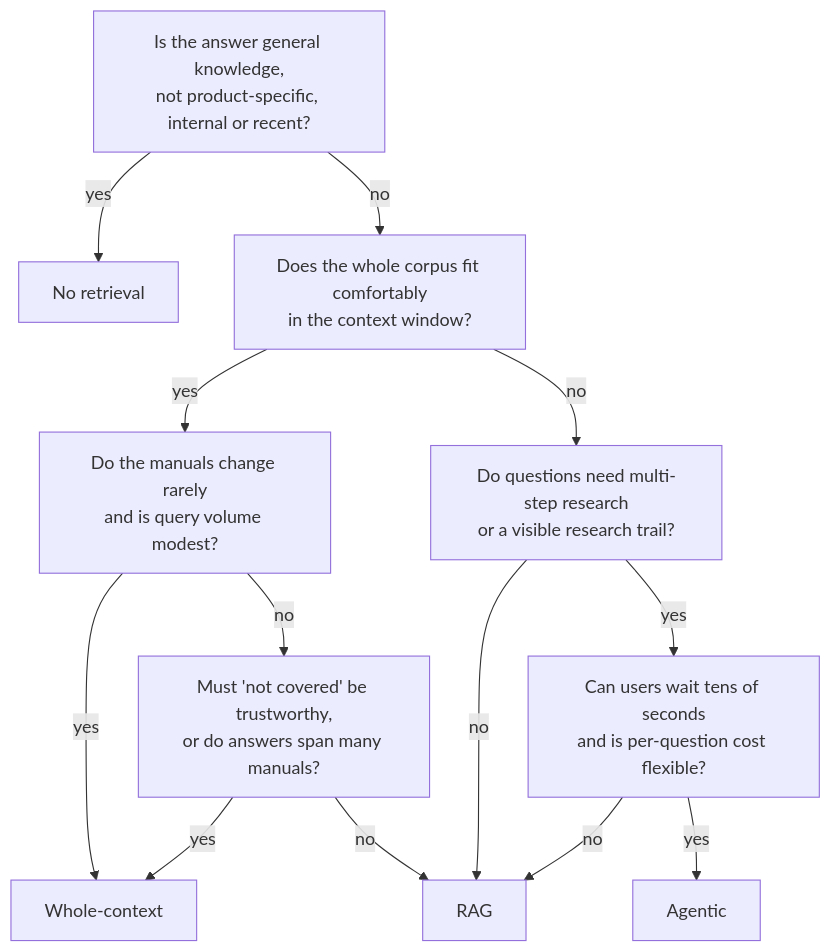
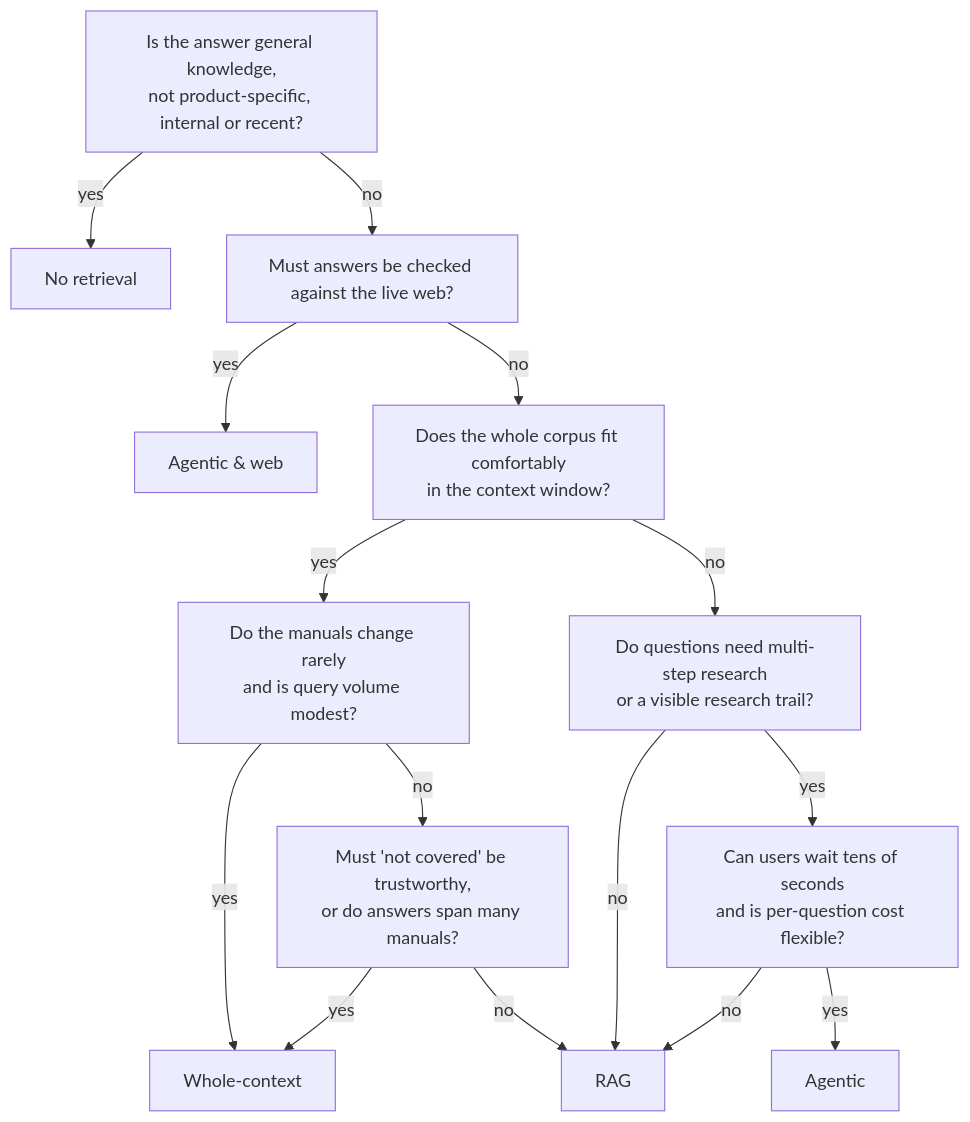
One commit to belaboros/UserManualAssistant changed the diagram in docs/choosing-a-strategy.md. Above: the diagram before and after it, drawn with Mermaid. The commit also changed other lines of this file and 10 other files, not shown here.

Commit message:
docs: explain the Agentic & web strategy (page, diagrams, ADR 0014, matrix)

````diff
--- a/docs/choosing-a-strategy.md
+++ b/docs/choosing-a-strategy.md
@@ -42,15 +49,17 @@
 ```mermaid
 flowchart TD
     Z["Is the answer general knowledge,<br/>not product-specific, internal or recent?"] -->|"yes"| BL["No retrieval"]
-    Z -->|"no"| A
+    Z -->|"no"| W["Must answers be checked against the live web?"]
+    W -->|"yes"| AW["Agentic & web"]
+    W -->|"no"| A
     A["Does the whole corpus fit comfortably<br/>in the context window?"] -->|"yes"| B["Do the manuals change rarely<br/>and is query volume modest?"]
     A -->|"no"| D["Do questions need multi-step research<br/>or a visible research trail?"]
     B -->|"yes"| WC["Whole-context"]
     B -->|"no"| C["Must 'not covered' be trustworthy,<br/>or do answers span many manuals?"]
     C -->|"yes"| WC
     C -->|"no"| RAG["RAG"]
     D -->|"yes"| E["Can users wait tens of seconds<br/>and is per-question cost flexible?"]
     D -->|"no"| RAG
     E -->|"yes"| AG["Agentic"]
     E -->|"no"| RAG
 ```
````
